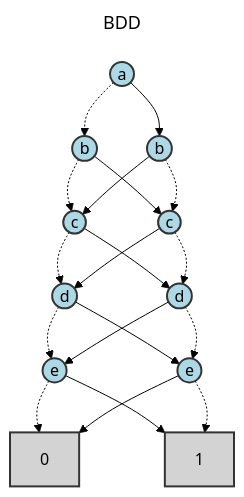
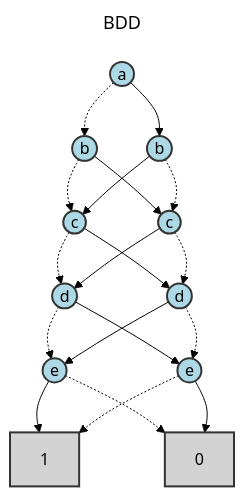
The second of 2 diagrams in test_expressions/reference_output/xor_chain_analysis.md (Alan-Jowett/bdd_test), drawn with Mermaid (forest theme) before and after one commit. The commit also changed other lines of this file and 150 other files, not shown here.

First line of the commit message:
More dag graph cleanup (#65)

````diff
--- a/test_expressions/reference_output/xor_chain_analysis.md
+++ b/test_expressions/reference_output/xor_chain_analysis.md
@@ -58,51 +58,51 @@
 ```mermaid
 ---
 title: BDD
 ---
 flowchart TD
     N0["0"]
+    N10(("a"))
     N1["1"]
     N2(("e"))
     N3(("e"))
     N4(("d"))
     N5(("d"))
     N6(("c"))
     N7(("c"))
     N8(("b"))
     N9(("b"))
-    N10(("a"))
 
+    N10 --> N9
+    N10 -.-> N8
+    N2 --> N1
     N2 -.-> N0
-    N2 --> N1
+    N3 --> N0
     N3 -.-> N1
-    N3 --> N0
+    N4 --> N3
     N4 -.-> N2
-    N4 --> N3
+    N5 --> N2
     N5 -.-> N3
-    N5 --> N2
+    N6 --> N5
     N6 -.-> N4
-    N6 --> N5
+    N7 --> N4
     N7 -.-> N5
-    N7 --> N4
+    N8 --> N7
     N8 -.-> N6
-    N8 --> N7
+    N9 --> N6
     N9 -.-> N7
-    N9 --> N6
-    N10 -.-> N8
-    N10 --> N9
 
     class N0 terminal
     class N1 terminal
     class N2 bddVariable
     class N3 bddVariable
     class N4 bddVariable
     class N5 bddVariable
     class N6 bddVariable
     class N7 bddVariable
     class N8 bddVariable
     class N9 bddVariable
     class N10 bddVariable
 
     classDef bddVariable fill:lightblue,stroke:#333,stroke-width:2px,color:#000
     classDef terminal fill:lightgray,stroke:#333,stroke-width:2px,color:#000
 ```
````
